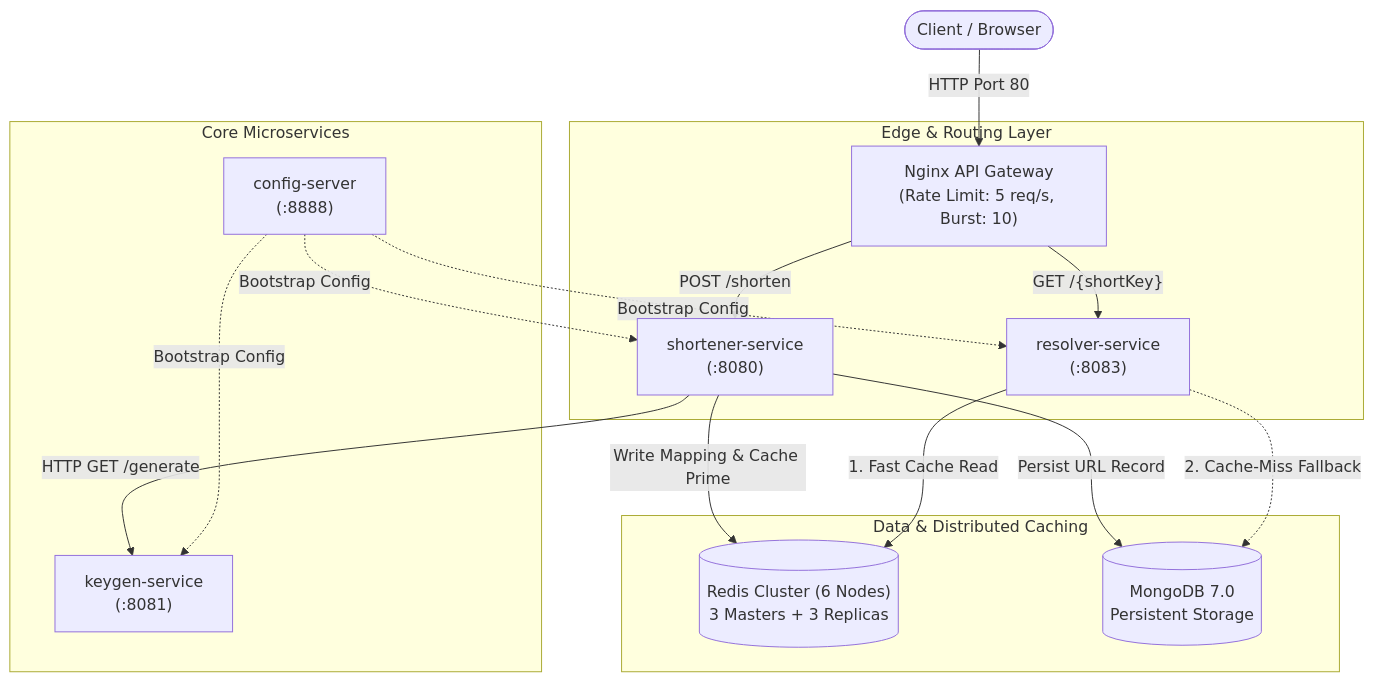
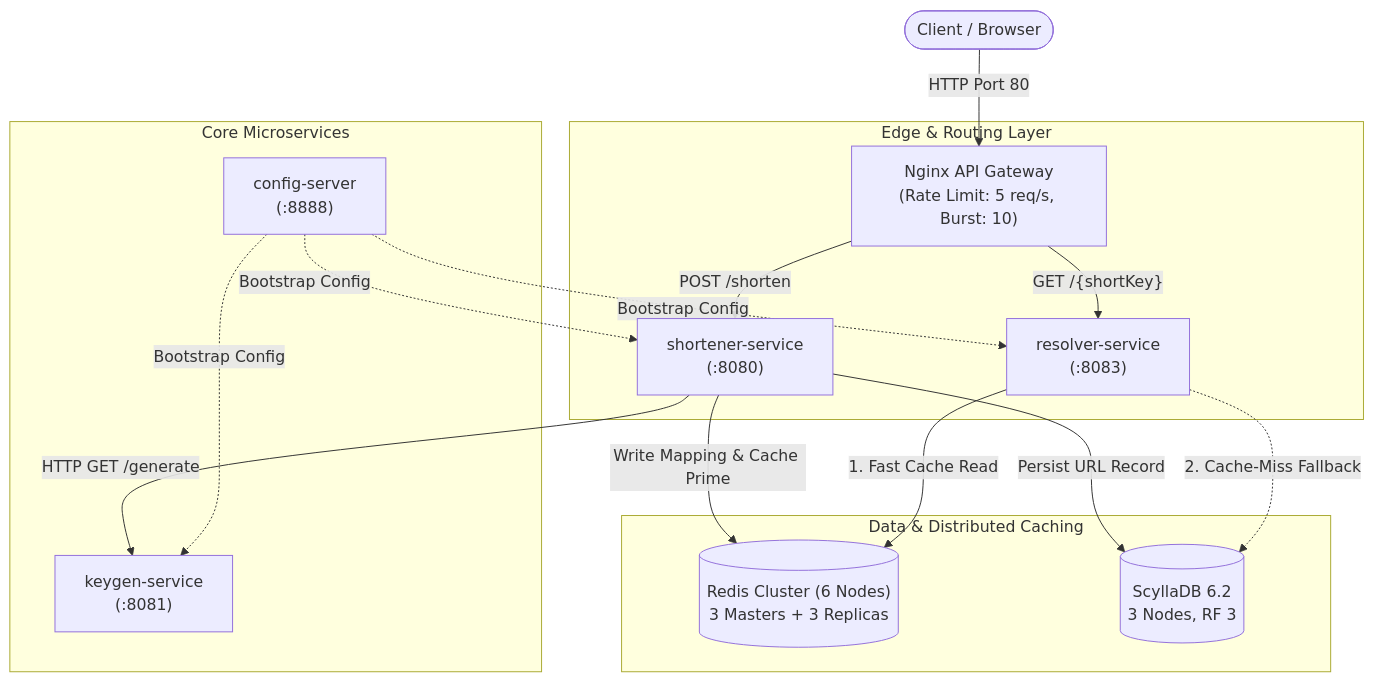
Before and after one commit to pcaokhai/Hopr: the first of 2 diagrams in README.md, drawn with Mermaid. The commit also changed other lines of this file and 28 other files, not shown here.

First line of the commit message:
refactor: cut shortener and resolver services over to ScyllaDB (#10)

````diff
--- a/README.md
+++ b/README.md
@@ -63,23 +63,23 @@
 ```mermaid
 flowchart TD
     Client(["Client / Browser"]) -->|HTTP Port 80| Gateway["Nginx API Gateway\n(Rate Limit: 5 req/s, Burst: 10)"]
 
     subgraph "Edge & Routing Layer"
         Gateway -->|POST /shorten| Shortener["shortener-service\n(:8080)"]
         Gateway -->|"GET /{shortKey}"| Resolver["resolver-service\n(:8083)"]
     end
 
     subgraph "Core Microservices"
         Shortener -->|HTTP GET /generate| KeyGen["keygen-service\n(:8081)"]
         ConfigServer["config-server\n(:8888)"] -.->|Bootstrap Config| Shortener
         ConfigServer -.->|Bootstrap Config| Resolver
         ConfigServer -.->|Bootstrap Config| KeyGen
     end
 
     subgraph "Data & Distributed Caching"
         Shortener -->|Write Mapping & Cache Prime| RedisCluster[("Redis Cluster (6 Nodes)\n3 Masters + 3 Replicas")]
-        Shortener -->|Persist URL Record| MongoDB[("MongoDB 7.0\nPersistent Storage")]
+        Shortener -->|Persist URL Record| Scylla[("ScyllaDB 6.2\n3 Nodes, RF 3")]
         Resolver -->|1. Fast Cache Read| RedisCluster
-        Resolver -.->|2. Cache-Miss Fallback| MongoDB
+        Resolver -.->|2. Cache-Miss Fallback| Scylla
     end
 ```
````
